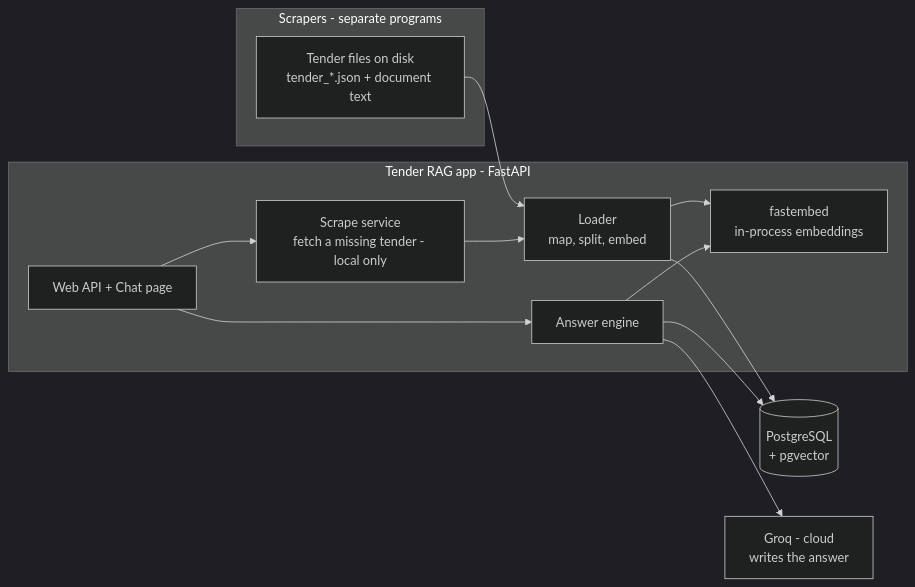
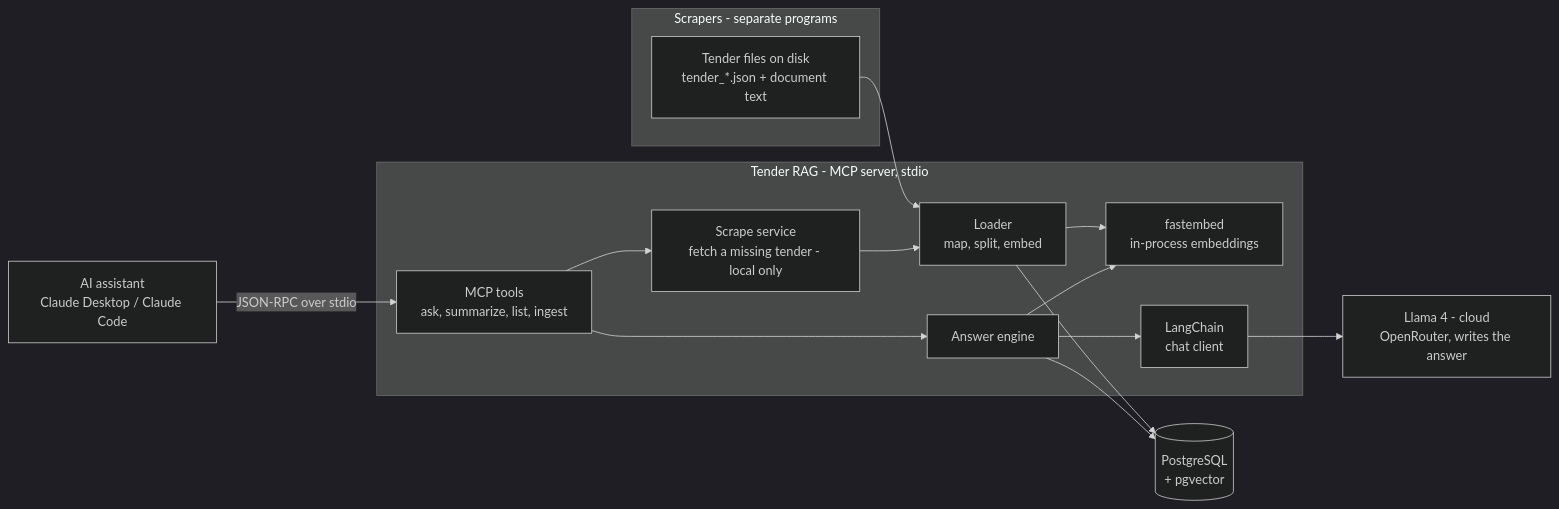
Before and after one commit to j4rv1ss/tender-rag-mcp: the first of 6 diagrams in docs/architecture.md, drawn with Mermaid (dark theme). The commit also changed other lines of this file and 20 other files, not shown here.

First line of the commit message:
Replace FastAPI HTTP layer with an MCP server

````diff
--- a/docs/architecture.md
+++ b/docs/architecture.md
@@ -20,24 +20,27 @@
 ```mermaid
 flowchart LR
   subgraph SC[Scrapers - separate programs]
     OUT[Tender files on disk<br/>tender_*.json + document text]
   end
-  subgraph APP[Tender RAG app - FastAPI]
-    API[Web API + Chat page]
+  CLIENT[AI assistant<br/>Claude Desktop / Claude Code]
+  subgraph APP[Tender RAG - MCP server, stdio]
+    API[MCP tools<br/>ask, summarize, list, ingest]
     SCR[Scrape service<br/>fetch a missing tender - local only]
     ING[Loader<br/>map, split, embed]
     RAGS[Answer engine]
     EMB[fastembed<br/>in-process embeddings]
+    LC[LangChain<br/>chat client]
   end
   DB[(PostgreSQL<br/>+ pgvector)]
-  GROQ[Groq - cloud<br/>writes the answer]
+  LLM[Llama 4 - cloud<br/>OpenRouter, writes the answer]
 
   OUT --> ING
+  CLIENT -->|JSON-RPC over stdio| API
   API --> SCR --> ING
   ING --> EMB
   ING --> DB
   API --> RAGS
   RAGS --> EMB
   RAGS --> DB
-  RAGS --> GROQ
+  RAGS --> LC --> LLM
 ```
````
